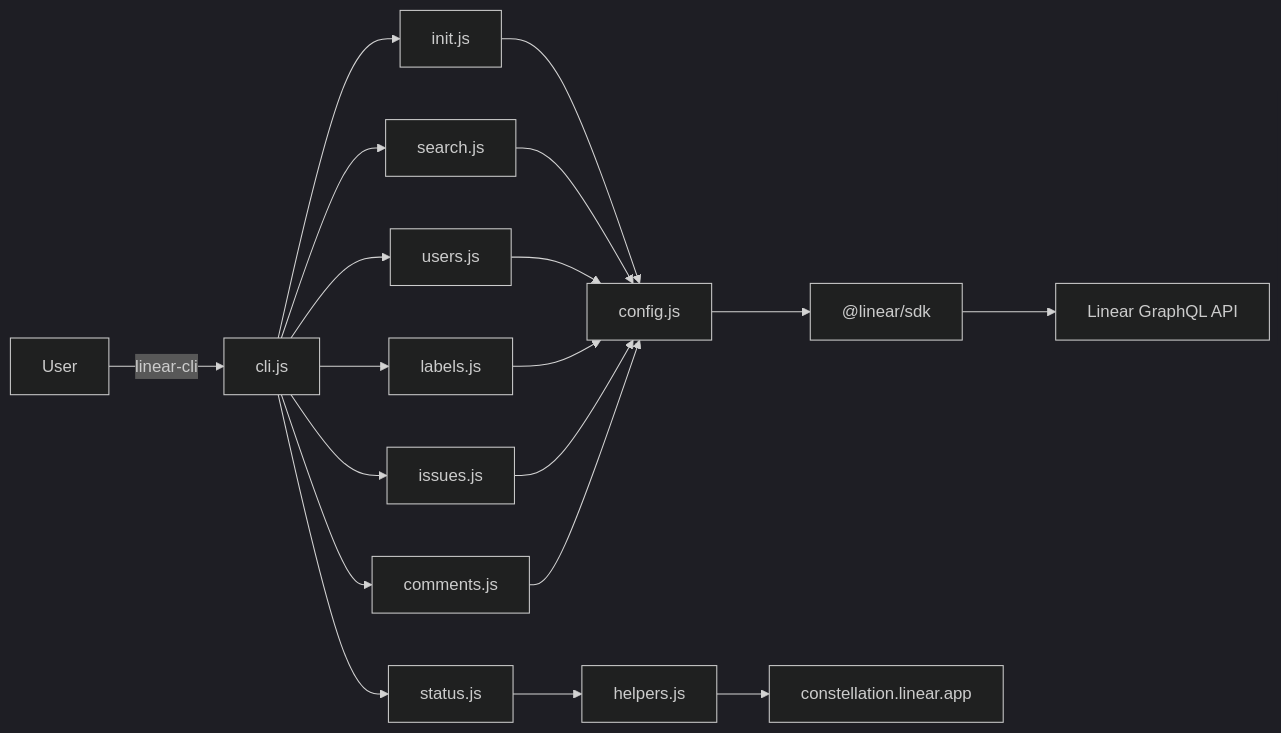
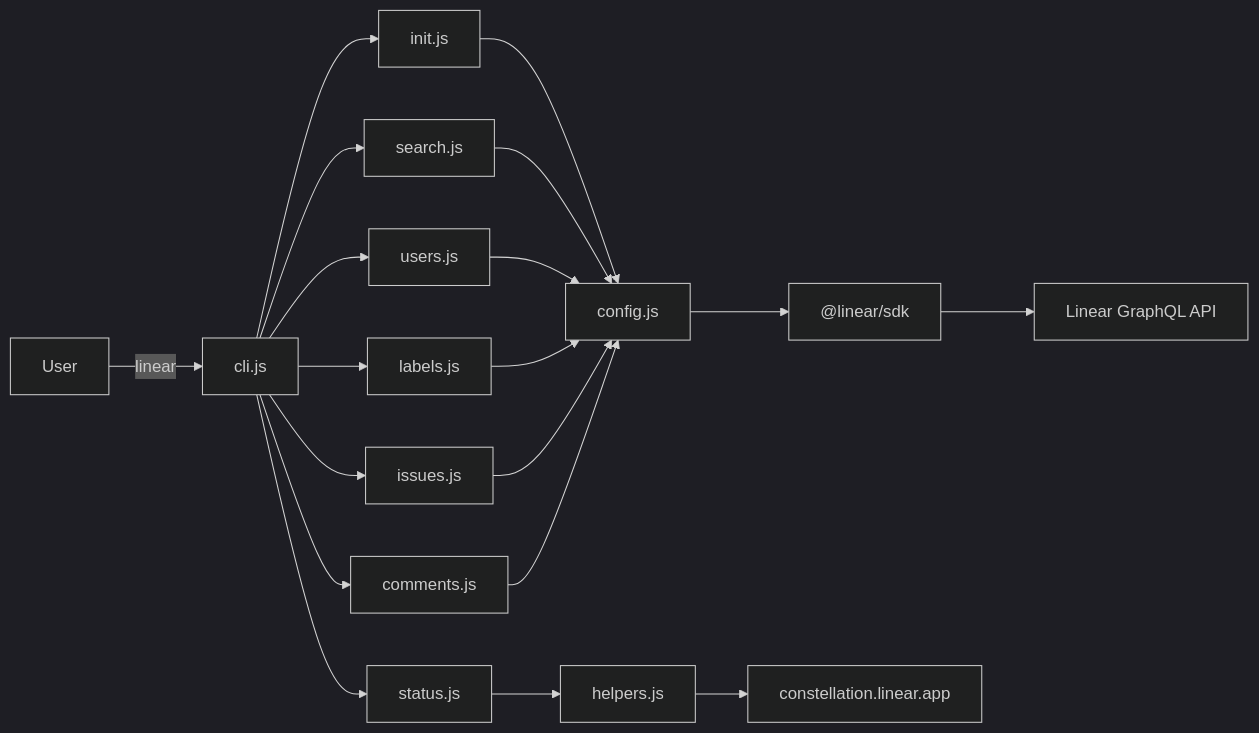
One commit to dotbrains/linear-cli changed the first of 2 diagrams in SPEC.md. Above: the diagram before and after it, drawn with Mermaid (dark theme). The commit also changed other lines of this file and 3 other files, not shown here.

First line of the commit message:
chore: rename binary from linear-cli to linear

````diff
--- a/SPEC.md
+++ b/SPEC.md
@@ -210,21 +210,21 @@
 ```mermaid
 flowchart LR
-    User -->|linear-cli <cmd>| CLI[cli.js]
+    User -->|linear <cmd>| CLI[cli.js]
     CLI --> Init[init.js]
     CLI --> Search[search.js]
     CLI --> Users[users.js]
     CLI --> Labels[labels.js]
     CLI --> Issues[issues.js]
     CLI --> Comments[comments.js]
     CLI --> Status[status.js]
     Init --> Config[config.js]
     Search --> Config
     Users --> Config
     Labels --> Config
     Issues --> Config
     Comments --> Config
     Config --> SDK["@linear/sdk"]
     SDK --> API["Linear GraphQL API"]
     Status --> Helpers[helpers.js]
     Helpers --> StatusAPI["constellation.linear.app"]
 ```
````
